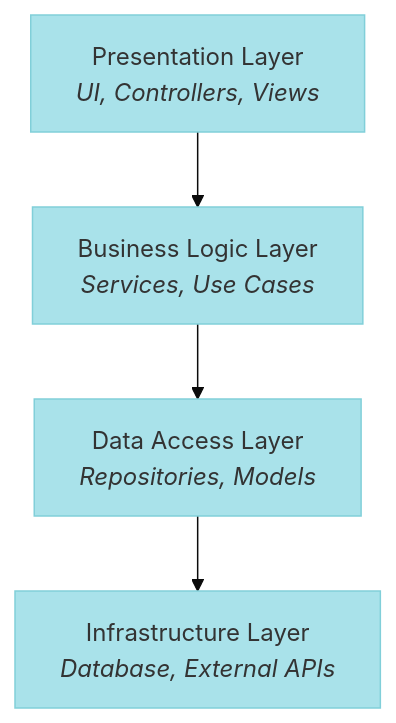
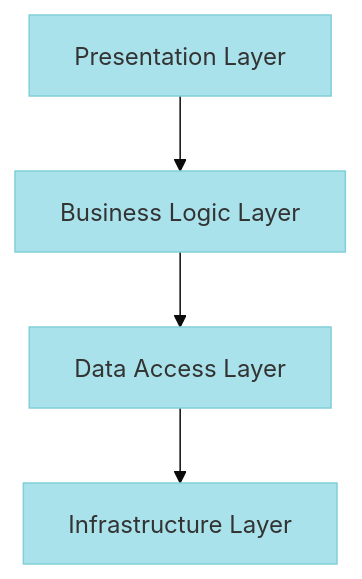
Before and after one commit to stricture-dev/stricture: the diagram in packages/layered/README.md, drawn with Mermaid. The commit also changed 2 other files, not shown here.

Commit message:
docs: remove HTML tags from Mermaid diagrams
Clean up diagram syntax by removing all HTML tags (br, i) for simpler,
more maintainable Mermaid code.

````diff
--- a/packages/layered/README.md
+++ b/packages/layered/README.md
@@ -15,12 +15,12 @@
 ```mermaid
 %%{init: {'theme':'base', 'themeVariables': { 'primaryColor':'hsl(187, 61%, 79%)','primaryBorderColor':'hsl(187, 54%, 68%)','secondaryColor':'hsl(42, 97%, 85%)','secondaryBorderColor':'hsl(42, 100%, 73%)','tertiaryColor':'hsl(335, 52%, 92%)','tertiaryBorderColor':'hsl(335, 82%, 86%)'}}}%%
 graph TB
-    Presentation["Presentation Layer<br/><i>UI, Controllers, Views</i>"]
-    Business["Business Logic Layer<br/><i>Services, Use Cases</i>"]
-    Data["Data Access Layer<br/><i>Repositories, Models</i>"]
-    Infrastructure["Infrastructure Layer<br/><i>Database, External APIs</i>"]
+    Presentation["Presentation Layer"]
+    Business["Business Logic Layer"]
+    Data["Data Access Layer"]
+    Infrastructure["Infrastructure Layer"]
 
     Presentation --> Business
     Business --> Data
     Data --> Infrastructure
 ```
````
